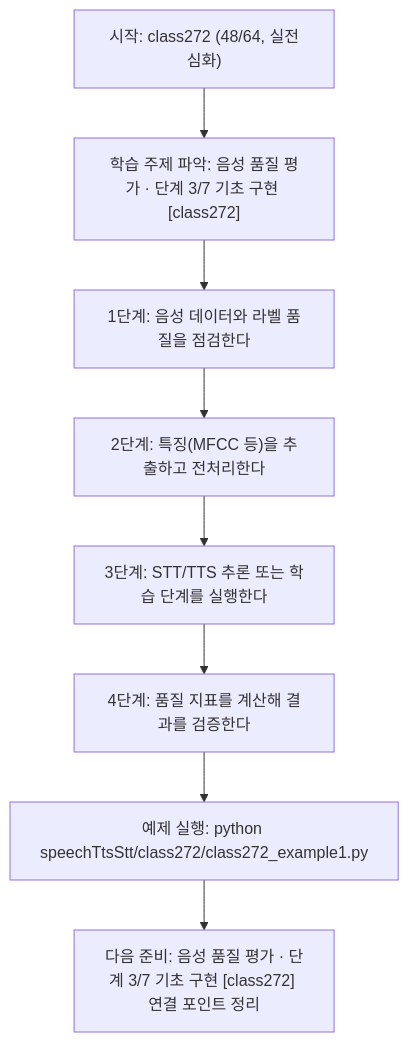
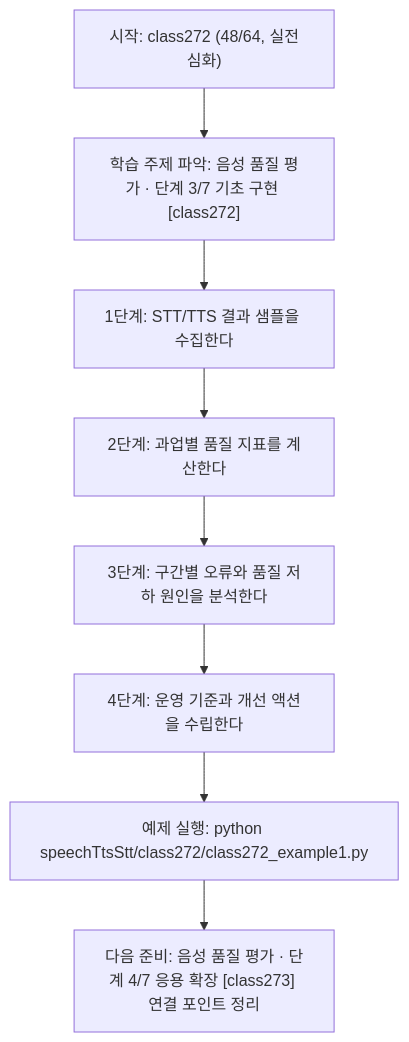
Before and after one commit to edumgt/Python-AI_Agent-Class: the diagram in speechTtsStt/class272/class272.md, drawn with Mermaid. The commit also changed other lines of this file and 1122 other files, not shown here.

````diff
--- a/speechTtsStt/class272/class272.md
+++ b/speechTtsStt/class272/class272.md
@@ -114,18 +95,18 @@
 ```mermaid
 flowchart TD
 N1["시작: class272 (48/64, 실전심화)"]
 N2["학습 주제 파악: 음성 품질 평가 · 단계 3/7 기초 구현 [class272]"]
-N3["1단계: 음성 데이터와 라벨 품질을 점검한다"]
-N4["2단계: 특징(MFCC 등)을 추출하고 전처리한다"]
-N5["3단계: STT/TTS 추론 또는 학습 단계를 실행한다"]
-N6["4단계: 품질 지표를 계산해 결과를 검증한다"]
+N3["1단계: STT/TTS 결과 샘플을 수집한다"]
+N4["2단계: 과업별 품질 지표를 계산한다"]
+N5["3단계: 구간별 오류와 품질 저하 원인을 분석한다"]
+N6["4단계: 운영 기준과 개선 액션을 수립한다"]
 N7["예제 실행: python speechTtsStt/class272/class272_example1.py"]
-N8["다음 준비: 음성 품질 평가 · 단계 3/7 기초 구현 [class272] 연결 포인트 정리"]
+N8["다음 준비: 음성 품질 평가 · 단계 4/7 응용 확장 [class273] 연결 포인트 정리"]
 N1 --> N2
 N2 --> N3
 N3 --> N4
 N4 --> N5
 N5 --> N6
 N6 --> N7
 N7 --> N8
 ```
````
